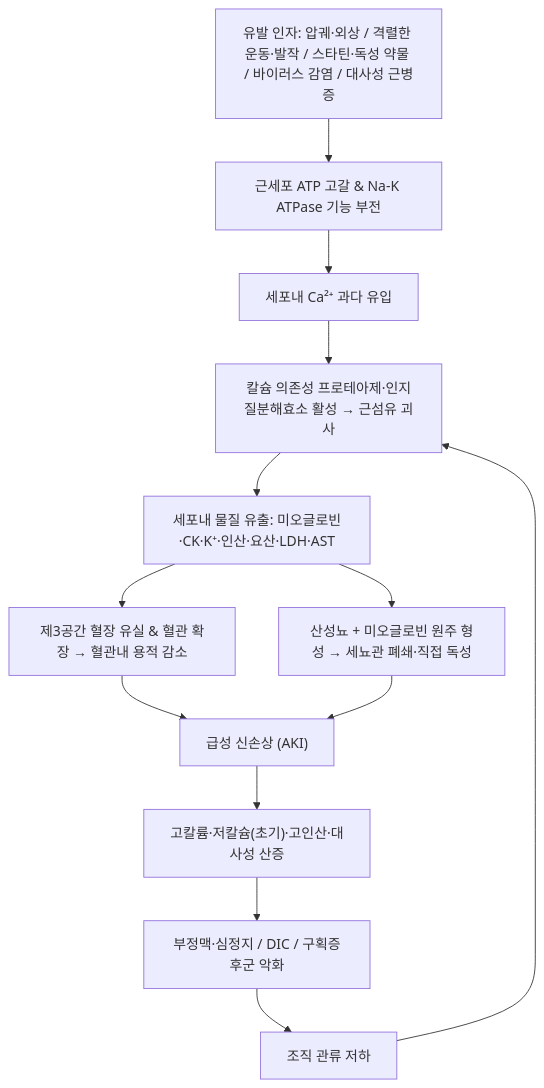
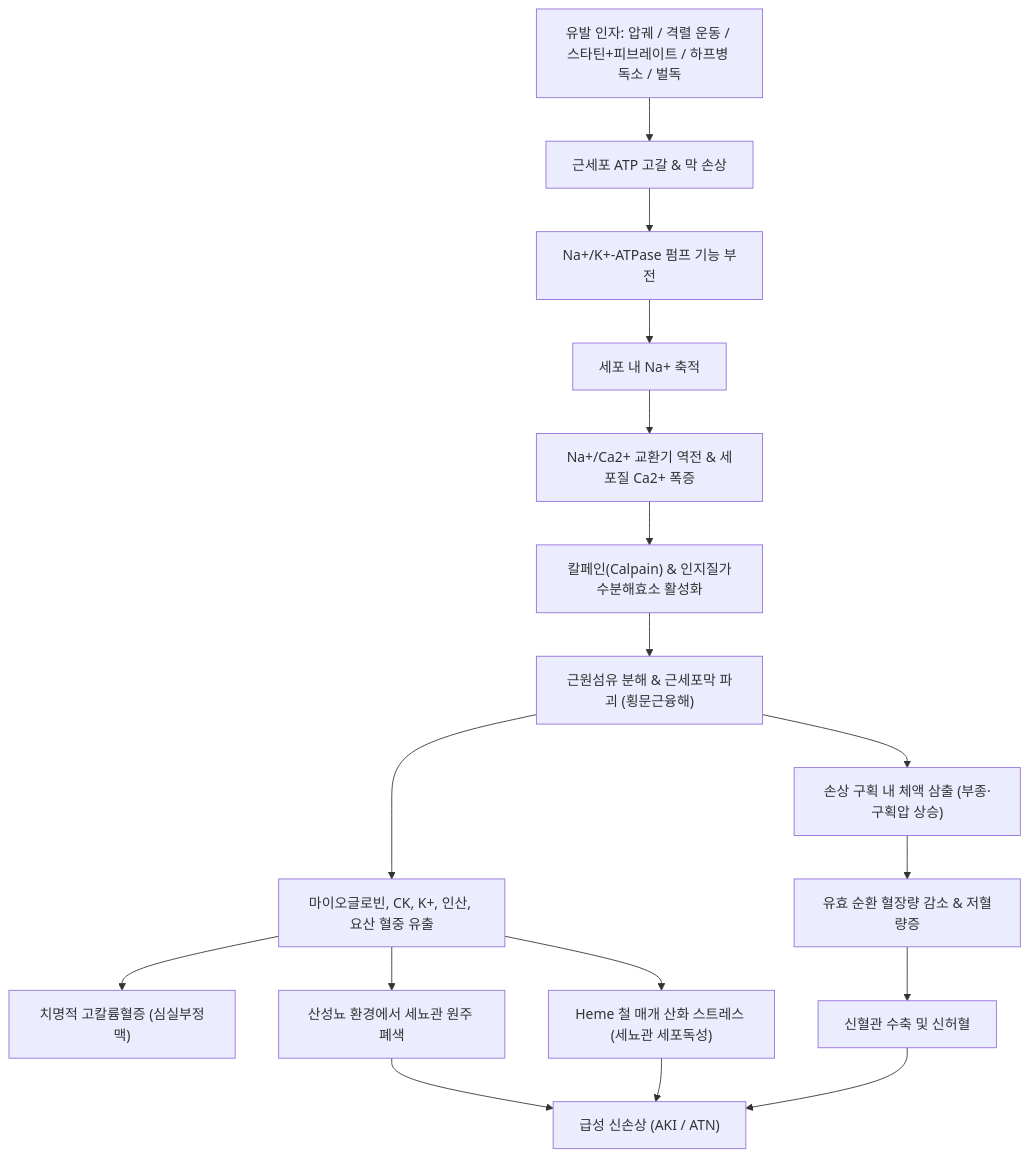
One commit to simbio11/simbio-digital-garden2 changed the diagram in content/3. 이론 공부/질환/근골격계 질환/기타/횡문근융해증.md. Above: the diagram before and after it, drawn with Mermaid. The commit also changed other lines of this file and 147 other files, not shown here.

````diff
--- a/content/3. 이론 공부/질환/근골격계 질환/기타/횡문근융해증.md
+++ b/content/3. 이론 공부/질환/근골격계 질환/기타/횡문근융해증.md
@@ -74,15 +166,19 @@
 ```mermaid
 graph TD
-    Cause["유발 인자: 압궤·외상 / 격렬한 운동·발작 / 스타틴·독성 약물 / 바이러스 감염 / 대사성 근병증"] --> Energy["근세포 ATP 고갈 & Na-K ATPase 기능 부전"]
-    Energy --> Calcium["세포내 Ca²⁺ 과다 유입"]
-    Calcium --> Necrosis["칼슘 의존성 프로테아제·인지질분해효소 활성 → 근섬유 괴사"]
-    Necrosis --> Leak["세포내 물질 유출: 미오글로빈·CK·K⁺·인산·요산·LDH·AST"]
-    Leak --> Volume["제3공간 혈장 유실 & 혈관 확장 → 혈관내 용적 감소"]
-    Leak --> Tubule["산성뇨 + 미오글로빈 원주 형성 → 세뇨관 폐쇄·직접 독성"]
-    Volume --> AKI["급성 신손상 (AKI)"]
-    Tubule --> AKI
-    AKI --> Electro["고칼륨·저칼슘(초기)·고인산·대사성 산증"]
-    Electro --> Arrhythmia["부정맥·심정지 / DIC / 구획증후군 악화"]
-    Arrhythmia --> Perfusion["조직 관류 저하"]
-    Perfusion --> Necrosis
+    Trigger["유발 인자: 압궤 / 격렬 운동 / 스타틴+피브레이트 / 하프병 독소 / 벌독"] --> ATP["근세포 ATP 고갈 & 막 손상"]
+    ATP --> NaPump["Na+/K+-ATPase 펌프 기능 부전"]
+    NaPump --> NaAccum["세포 내 Na+ 축적"]
+    NaAccum --> CaOverload["Na+/Ca2+ 교환기 역전 & 세포질 Ca2+ 폭증"]
+    CaOverload --> Enzymes["칼페인(Calpain) & 인지질가수분해효소 활성화"]
+    Enzymes --> Necrosis["근원섬유 분해 & 근세포막 파괴 (횡문근융해)"]
+    Necrosis --> Leak["마이오글로빈, CK, K+, 인산, 요산 혈중 유출"]
+    Necrosis --> ThirdSpace["손상 구획 내 체액 삼출 (부종·구획압 상승)"]
+    ThirdSpace --> Hypovolemia["유효 순환 혈장량 감소 & 저혈량증"]
+    Leak --> HyperK["치명적 고칼륨혈증 (심실부정맥)"]
+    Leak --> TubuleBlock["산성뇨 환경에서 세뇨관 원주 폐색"]
+    Leak --> ROS["Heme 철 매개 산화 스트레스 (세뇨관 세포독성)"]
+    Hypovolemia --> Vasoconstrict["신혈관 수축 및 신허혈"]
+    TubuleBlock --> AKI["급성 신손상 (AKI / ATN)"]
+    ROS --> AKI
+    Vasoconstrict --> AKI
 ```
````
